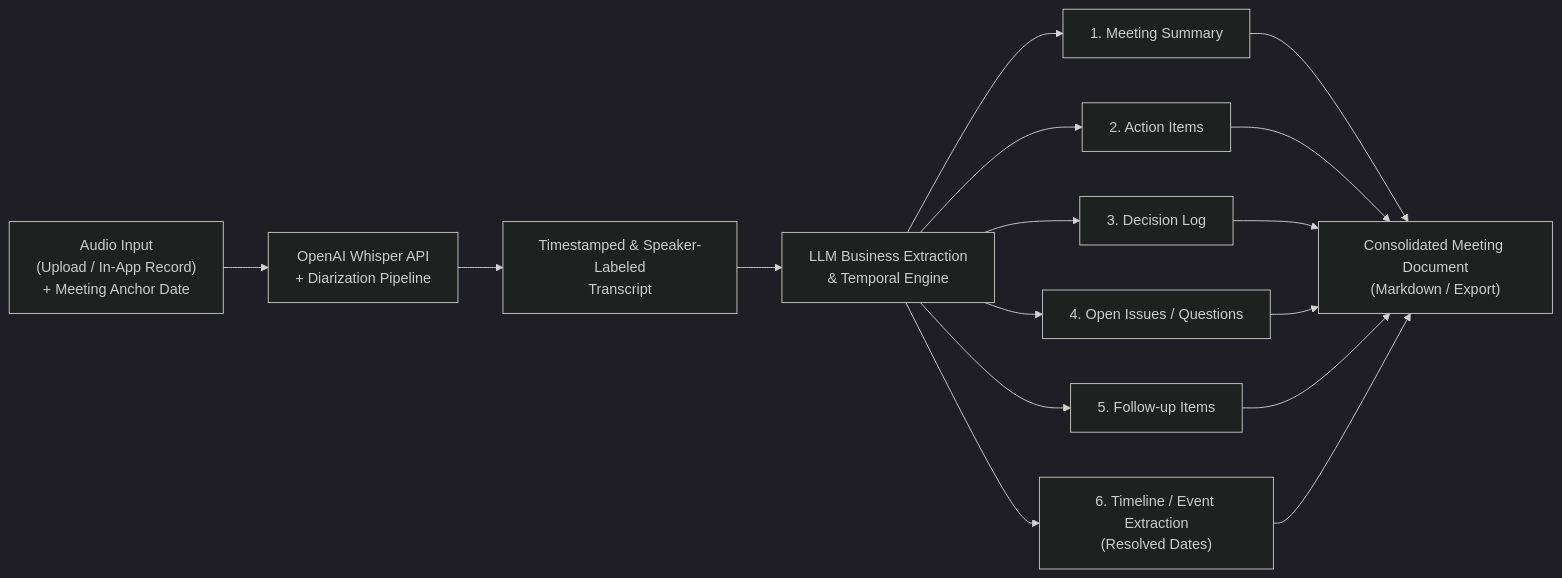
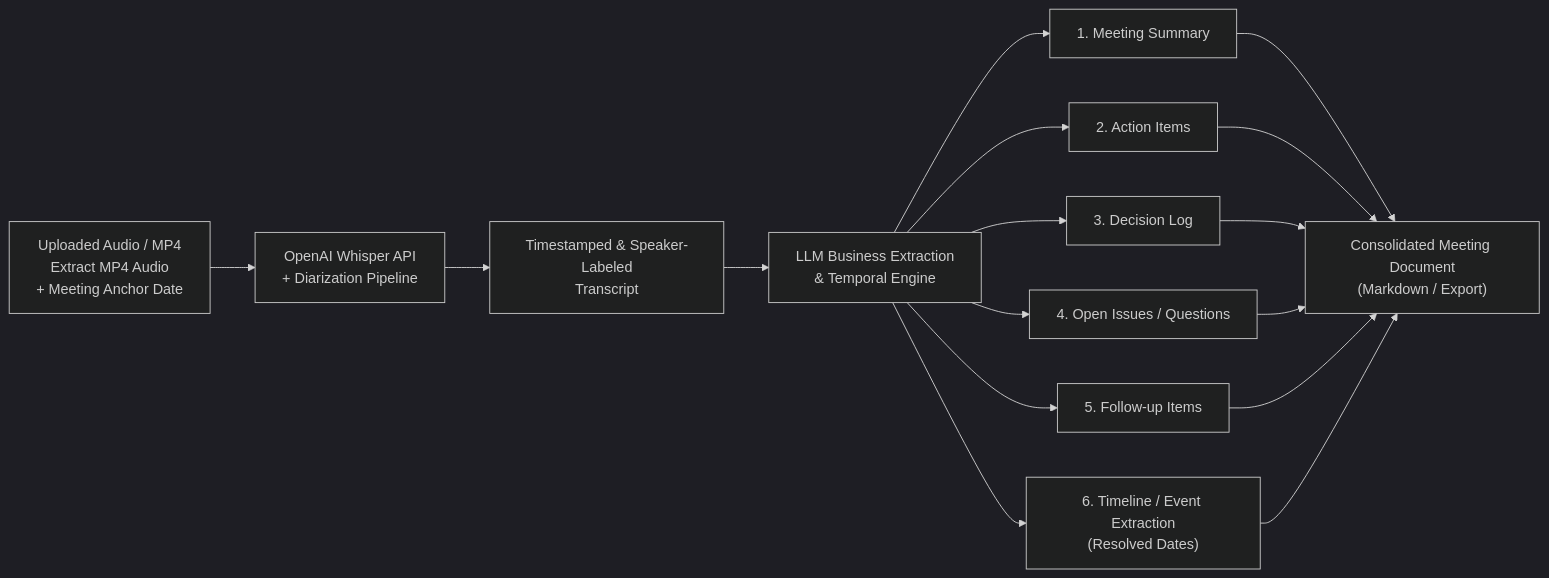
Before and after one commit to vietquang8071/se2026-t15: the diagram in docs/product-description.md, drawn with Mermaid (dark theme). The commit also changed other lines of this file and 5 other files, not shown here.

Commit message:
docs(audio): define upload-only scope and 30 or 60 day retention

````diff
--- a/docs/product-description.md
+++ b/docs/product-description.md
@@ -68,13 +77,13 @@
 ```mermaid
 flowchart LR
-    A["Audio Input<br/>(Upload / In-App Record)<br/>+ Meeting Anchor Date"] --> B["OpenAI Whisper API<br/>+ Diarization Pipeline"]
+    A["Uploaded Audio / MP4<br/>Extract MP4 Audio<br/>+ Meeting Anchor Date"] --> B["OpenAI Whisper API<br/>+ Diarization Pipeline"]
     B --> C["Timestamped & Speaker-Labeled<br/>Transcript"]
     C --> D["LLM Business Extraction<br/>& Temporal Engine"]
     D --> E1["1. Meeting Summary"]
     D --> E2["2. Action Items"]
     D --> E3["3. Decision Log"]
     D --> E4["4. Open Issues / Questions"]
     D --> E5["5. Follow-up Items"]
     D --> E6["6. Timeline / Event Extraction<br/>(Resolved Dates)"]
     E1 & E2 & E3 & E4 & E5 & E6 --> F["Consolidated Meeting Document<br/>(Markdown / Export)"]
 ```
````
